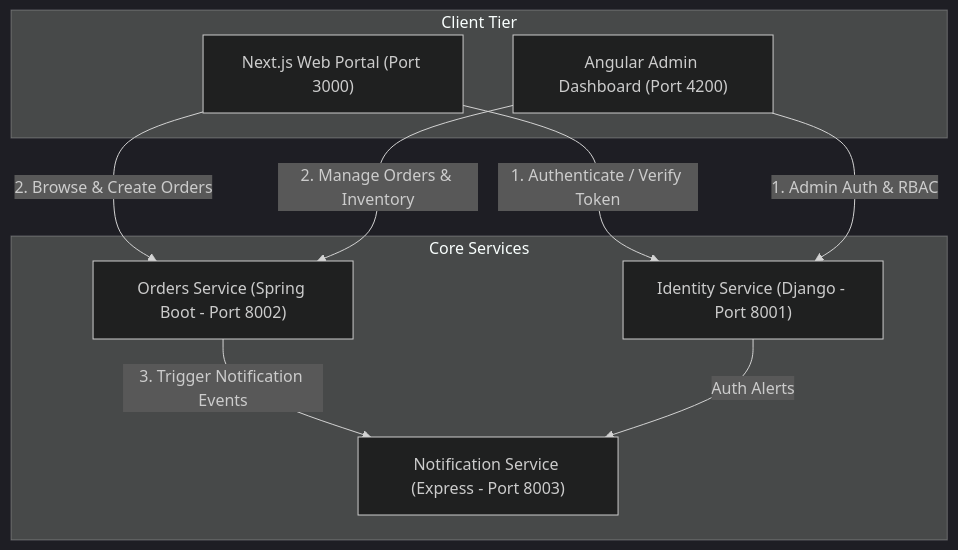
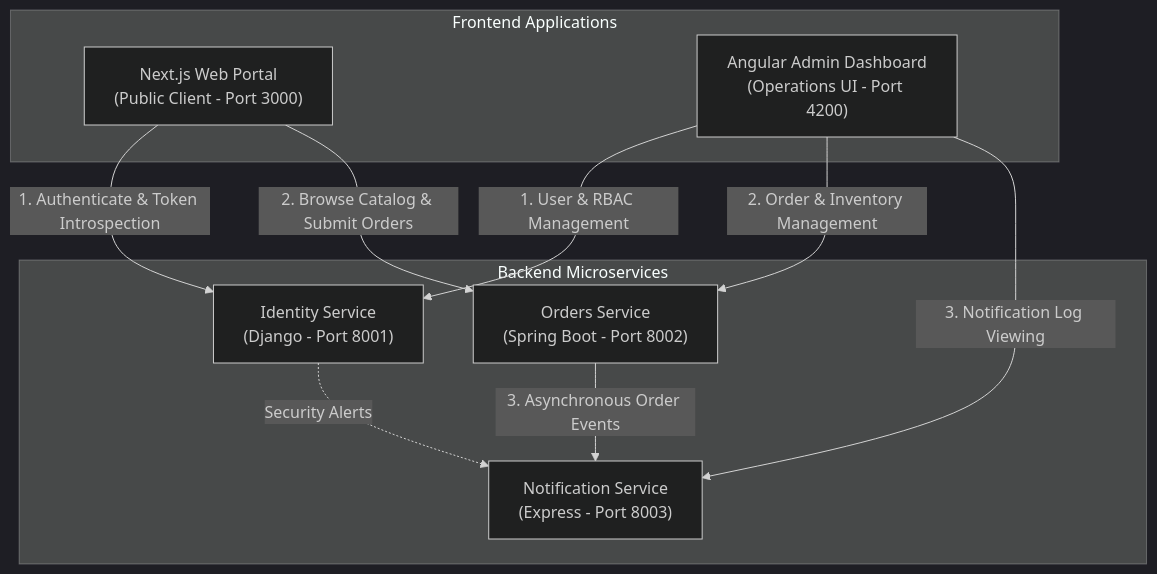
One commit to O2sa/DevSecOps-Monorepo-Shawcase changed the diagram in docs/architecture/system-overview.md. Above: the diagram before and after it, drawn with Mermaid (dark theme). The commit also changed other lines of this file and 15 other files, not shown here.

Commit message:
feat: implement identity-service core with user registration, authentication, and JWT support

````diff
--- a/docs/architecture/system-overview.md
+++ b/docs/architecture/system-overview.md
@@ -11,20 +14,26 @@
 ```mermaid
 flowchart TD
-    subgraph Client Tier
-        Web["Next.js Web Portal (Port 3000)"]
-        Dashboard["Angular Admin Dashboard (Port 4200)"]
+    subgraph Frontend Applications
+        Web["Next.js Web Portal<br/>(Public Client - Port 3000)"]
+        Dashboard["Angular Admin Dashboard<br/>(Operations UI - Port 4200)"]
     end
 
-    subgraph Core Services
-        Identity["Identity Service (Django - Port 8001)"]
-        Orders["Orders Service (Spring Boot - Port 8002)"]
-        Notify["Notification Service (Express - Port 8003)"]
+    subgraph Backend Microservices
+        Identity["Identity Service<br/>(Django - Port 8001)"]
+        Orders["Orders Service<br/>(Spring Boot - Port 8002)"]
+        Notify["Notification Service<br/>(Express - Port 8003)"]
     end
 
-    Web -->|"1. Authenticate / Verify Token"| Identity
-    Web -->|"2. Browse & Create Orders"| Orders
-    Dashboard -->|"1. Admin Auth & RBAC"| Identity
-    Dashboard -->|"2. Manage Orders & Inventory"| Orders
-    Orders -->|"3. Trigger Notification Events"| Notify
-    Identity -->|"Auth Alerts"| Notify
+    %% Public user flows
+    Web -->|"1. Authenticate & Token Introspection"| Identity
+    Web -->|"2. Browse Catalog & Submit Orders"| Orders
+
+    %% Admin user flows
+    Dashboard -->|"1. User & RBAC Management"| Identity
+    Dashboard -->|"2. Order & Inventory Management"| Orders
+    Dashboard -->|"3. Notification Log Viewing"| Notify
+
+    %% Asynchronous backend events
+    Orders -->|"3. Asynchronous Order Events"| Notify
+    Identity -.->|"Security Alerts"| Notify
 ```
````
